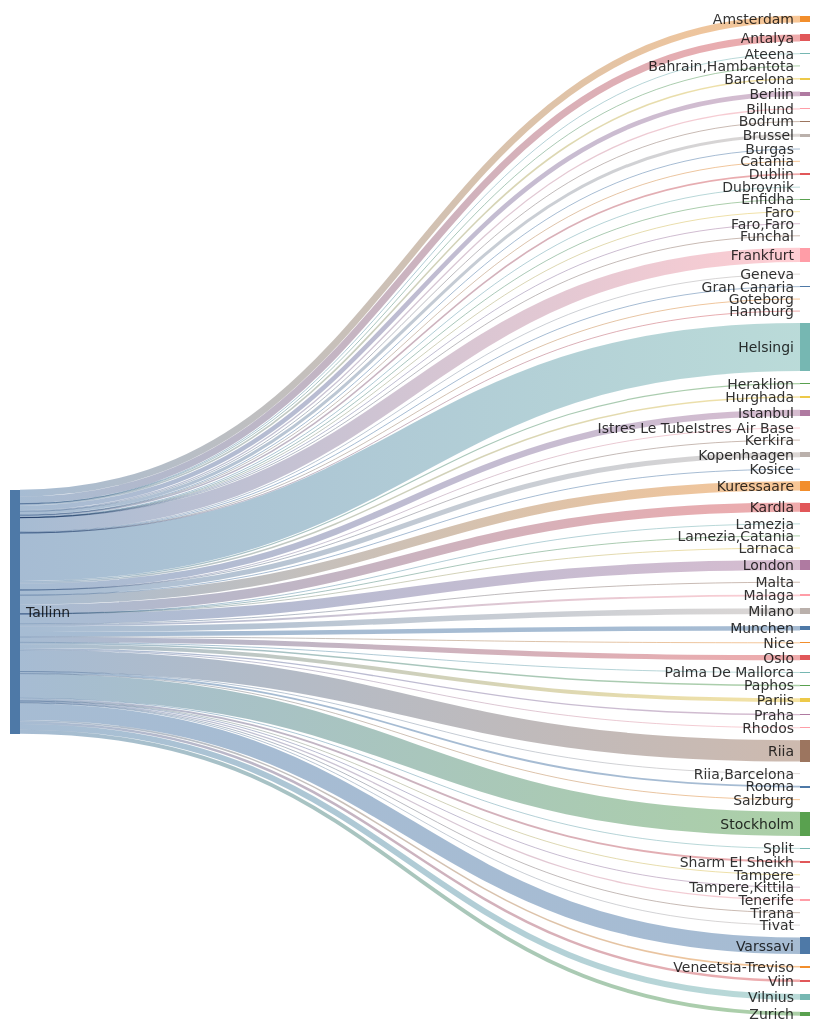
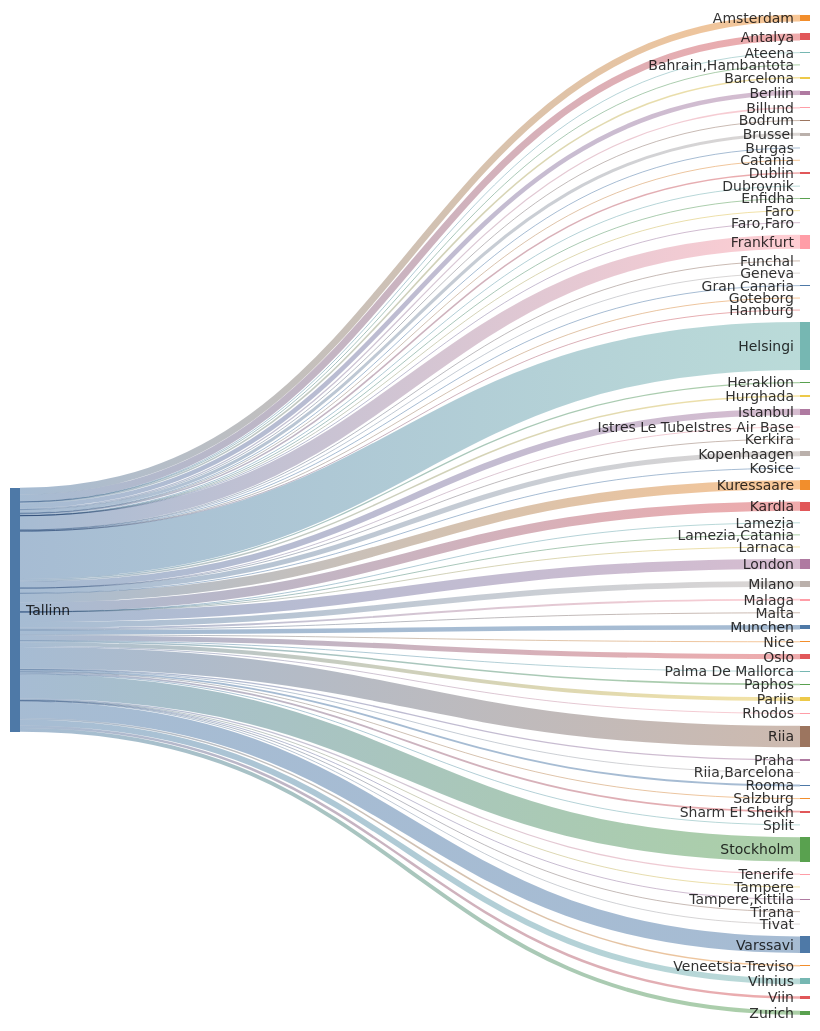
Before and after one commit to rainermesi/tll-airport-departures: the second of 2 diagrams in README.md, drawn with Mermaid. The commit also changed other lines of this file, not shown here.

````diff
--- a/README.md
+++ b/README.md
@@ -34,77 +34,77 @@
 ```mermaid
 ---
 config:
   sankey:
     showValues: false
     width: 800
     height: 1000
 ---
 sankey-beta
 %% source,target,value
-Tallinn,Amsterdam,261
+Tallinn,Amsterdam,262
 Tallinn,Antalya,272
 Tallinn,Ateena,16
 Tallinn,"Bahrain,Hambantota",1
 Tallinn,Barcelona,63
-Tallinn,Berliin,179
+Tallinn,Berliin,180
 Tallinn,Billund,49
 Tallinn,Bodrum,11
 Tallinn,Brussel,118
 Tallinn,Burgas,21
 Tallinn,Catania,2
-Tallinn,Dublin,60
+Tallinn,Dublin,61
 Tallinn,Dubrovnik,21
 Tallinn,Enfidha,7
 Tallinn,Faro,4
 Tallinn,"Faro,Faro",1
-Tallinn,Frankfurt,549
+Tallinn,Frankfurt,551
 Tallinn,Funchal,5
-Tallinn,Geneva,9
+Tallinn,Geneva,10
 Tallinn,Gran Canaria,31
 Tallinn,Goteborg,1
 Tallinn,Hamburg,1
-Tallinn,Helsingi,1859
+Tallinn,Helsingi,1865
 Tallinn,Heraklion,46
-Tallinn,Hurghada,56
-Tallinn,Istanbul,246
+Tallinn,Hurghada,58
+Tallinn,Istanbul,247
 Tallinn,Istres Le TubeIstres Air Base,2
 Tallinn,Kerkira,4
 Tallinn,Kopenhaagen,197
 Tallinn,Kosice,1
-Tallinn,Kuressaare,361
-Tallinn,Kardla,361
+Tallinn,Kuressaare,362
+Tallinn,Kardla,362
 Tallinn,Lamezia,1
 Tallinn,"Lamezia,Catania",3
 Tallinn,Larnaca,4
-Tallinn,London,388
+Tallinn,London,390
 Tallinn,Malaga,73
 Tallinn,Malta,15
-Tallinn,Milano,221
-Tallinn,Munchen,173
+Tallinn,Milano,222
+Tallinn,Munchen,174
 Tallinn,Nice,25
 Tallinn,Oslo,198
 Tallinn,Palma De Mallorca,19
 Tallinn,Paphos,59
 Tallinn,Pariis,149
 Tallinn,Praha,49
 Tallinn,Rhodos,32
-Tallinn,Riia,832
+Tallinn,Riia,836
 Tallinn,"Riia,Barcelona",1
 Tallinn,Rooma,73
-Tallinn,Salzburg,10
-Tallinn,Sharm El Sheikh,71
+Tallinn,Salzburg,11
+Tallinn,Sharm El Sheikh,72
 Tallinn,Split,25
-Tallinn,Stockholm,943
+Tallinn,Stockholm,946
 Tallinn,Tampere,17
-Tallinn,"Tampere,Kittila",14
+Tallinn,"Tampere,Kittila",15
 Tallinn,Tenerife,48
 Tallinn,Tirana,8
 Tallinn,Tivat,26
-Tallinn,Varssavi,640
+Tallinn,Varssavi,643
 Tallinn,Veneetsia-Treviso,60
-Tallinn,Viin,95
+Tallinn,Viin,96
 Tallinn,Vilnius,228
-Tallinn,Zurich,151
+Tallinn,Zurich,153
 
 
 ```
````
